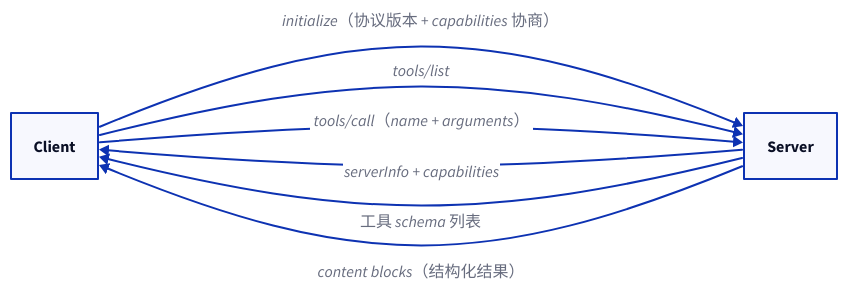
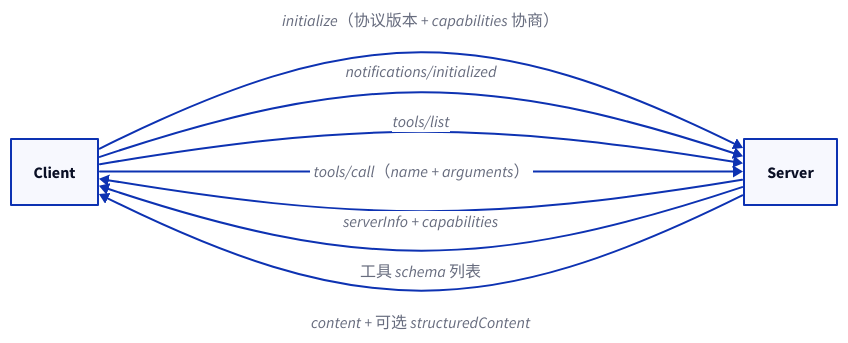
One commit to youngluo/thinking changed the second of 2 diagrams in apps/docs/ai/Agent/MCP 与工具调用.md. Above: the diagram before and after it, drawn with D2. The commit also changed other lines of this file and 11 other files, not shown here.

````diff
--- a/apps/docs/ai/Agent/MCP 与工具调用.md
+++ b/apps/docs/ai/Agent/MCP 与工具调用.md
@@ -52,10 +52,11 @@
 ```d2
 direction: right
 
 Client -> Server: initialize（协议版本 + capabilities 协商）
 Server -> Client: serverInfo + capabilities
+Client -> Server: notifications/initialized
 Client -> Server: tools/list
 Server -> Client: 工具 schema 列表
 Client -> Server: tools/call（name + arguments）
-Server -> Client: content blocks（结构化结果）
+Server -> Client: content + 可选 structuredContent
 ```
````
